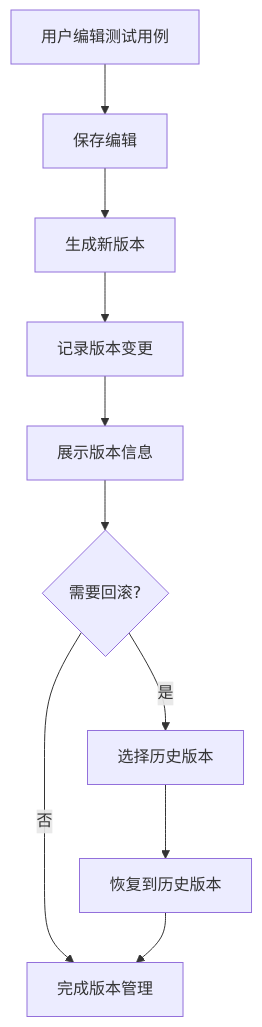
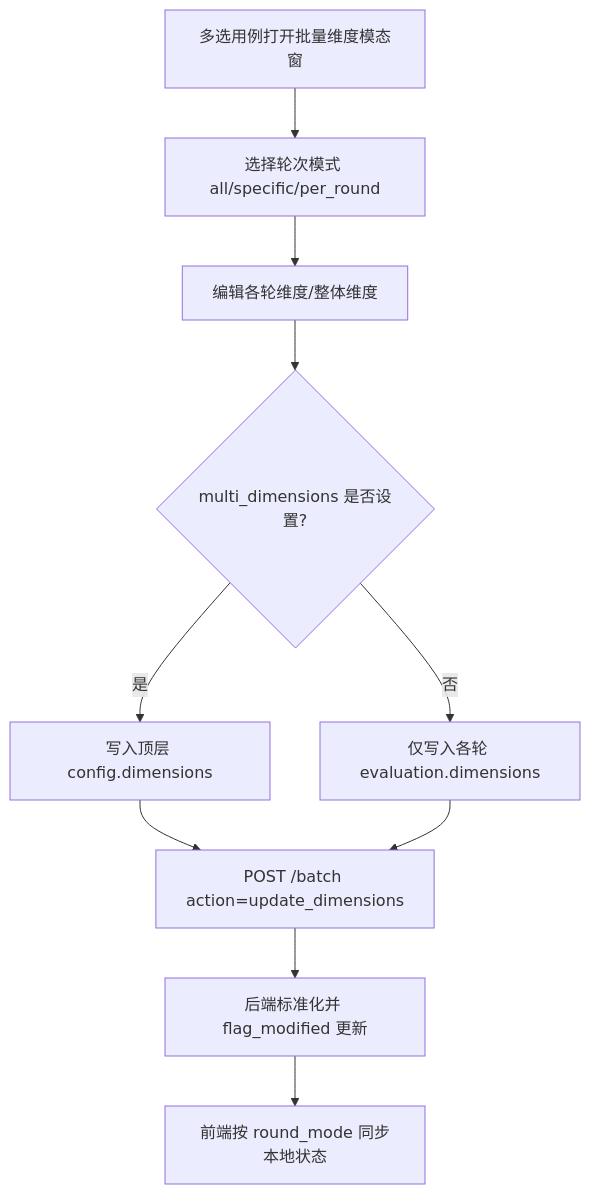
The fourth of 4 diagrams in Intelligent-Audio-TEST/doc/功能设计文档/07_用例管理/用例管理功能设计文档.md (ydz-auto/intelligent_audio_test), drawn with Mermaid before and after one commit. The commit also changed other lines of this file and 92 other files, not shown here.

````diff
--- a/Intelligent-Audio-TEST/doc/功能设计文档/07_用例管理/用例管理功能设计文档.md
+++ b/Intelligent-Audio-TEST/doc/功能设计文档/07_用例管理/用例管理功能设计文档.md
@@ -470,12 +335,12 @@
 ```mermaid
 flowchart TD
-    A[用户编辑测试用例] --> B[保存编辑]
-    B --> C[生成新版本]
-    C --> D[记录版本变更]
-    D --> E[展示版本信息]
-    E --> F{需要回滚?}
-    F -->|是| G[选择历史版本]
-    G --> H[恢复到历史版本]
-    F -->|否| I[完成版本管理]
-    H --> I
+    A[多选用例打开批量维度模态窗] --> B[选择轮次模式 all/specific/per_round]
+    B --> C[编辑各轮维度/整体维度]
+    C --> D{multi_dimensions 是否设置?}
+    D -->|是| E[写入顶层 config.dimensions]
+    D -->|否| F[仅写入各轮 evaluation.dimensions]
+    E --> G[POST /batch action=update_dimensions]
+    F --> G
+    G --> H[后端标准化并 flag_modified 更新]
+    H --> I[前端按 round_mode 同步本地状态]
 ```
````
